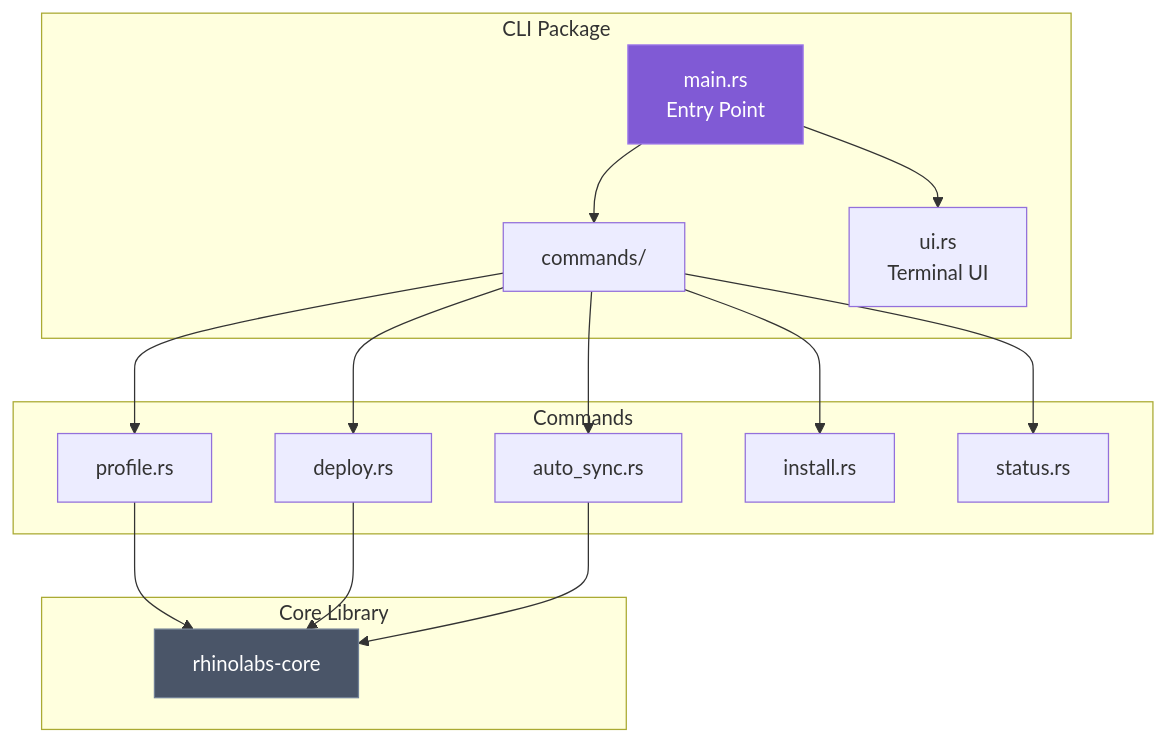
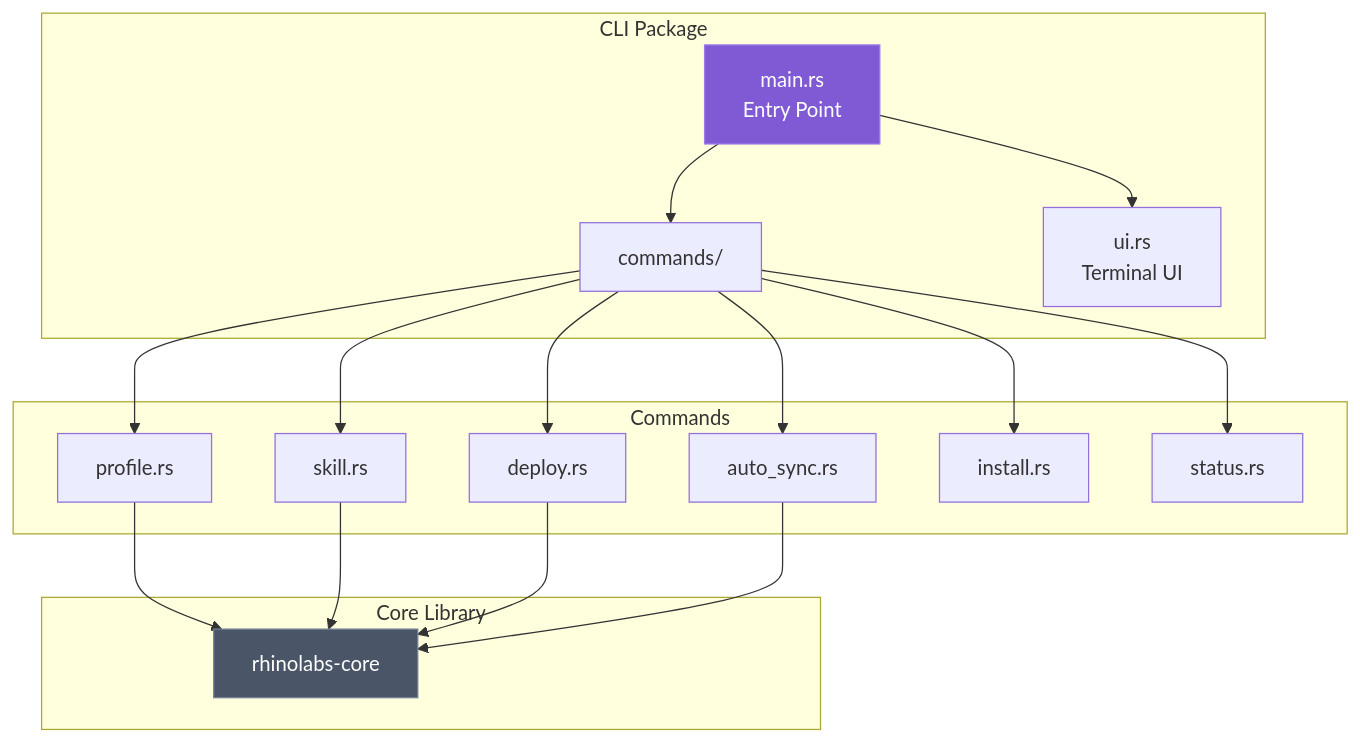
Before and after one commit to javiermontescarrera/rhinolabs-ai: the tenth of 10 diagrams in cli/README.md, drawn with Mermaid. The commit also changed other lines of this file and 16 other files, not shown here.

````diff
--- a/cli/README.md
+++ b/cli/README.md
@@ -412,34 +440,37 @@
 ```mermaid
 graph TB
     subgraph "CLI Package"
         MAIN[main.rs<br/>Entry Point]
         COMMANDS[commands/]
         UI[ui.rs<br/>Terminal UI]
     end
 
     subgraph "Commands"
         PROFILE_CMD[profile.rs]
+        SKILL_CMD[skill.rs]
         DEPLOY_CMD[deploy.rs]
         AUTO_SYNC[auto_sync.rs]
         INSTALL_CMD[install.rs]
         STATUS_CMD[status.rs]
     end
 
     subgraph "Core Library"
         CORE[rhinolabs-core]
     end
 
     MAIN --> COMMANDS
     MAIN --> UI
     COMMANDS --> PROFILE_CMD
+    COMMANDS --> SKILL_CMD
     COMMANDS --> DEPLOY_CMD
     COMMANDS --> AUTO_SYNC
     COMMANDS --> INSTALL_CMD
     COMMANDS --> STATUS_CMD
     PROFILE_CMD --> CORE
+    SKILL_CMD --> CORE
     DEPLOY_CMD --> CORE
     AUTO_SYNC --> CORE
 
     style MAIN fill:#805ad5,stroke:#9f7aea,color:#fff
     style CORE fill:#4a5568,stroke:#718096,color:#fff
 ```
````
